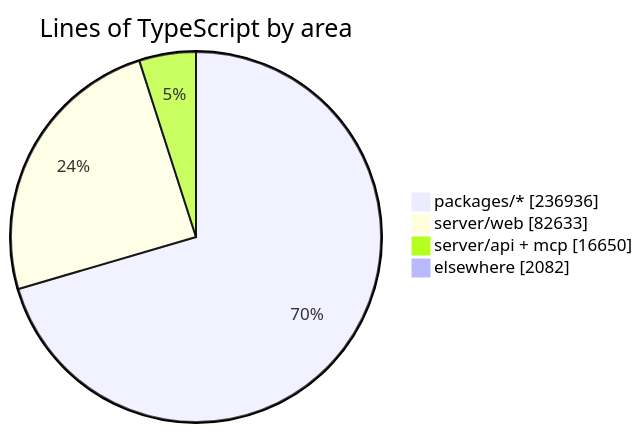
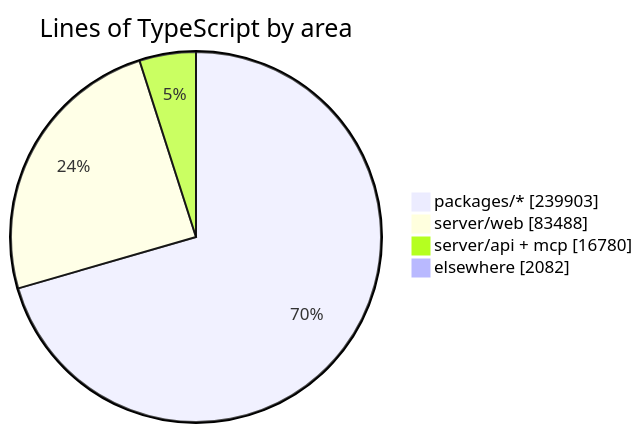
One commit to crossworks-engineering/mantle changed the diagram in README.md. Above: the diagram before and after it, drawn with Mermaid. The commit also changed other lines of this file and 2 other files, not shown here.

````diff
--- a/README.md
+++ b/README.md
@@ -287,7 +287,7 @@
 ```mermaid
 pie showData title Lines of TypeScript by area
-    "packages/*" : 236936
-    "server/web" : 82633
-    "server/api + mcp" : 16650
+    "packages/*" : 239903
+    "server/web" : 83488
+    "server/api + mcp" : 16780
     "elsewhere" : 2082
 ```
````
